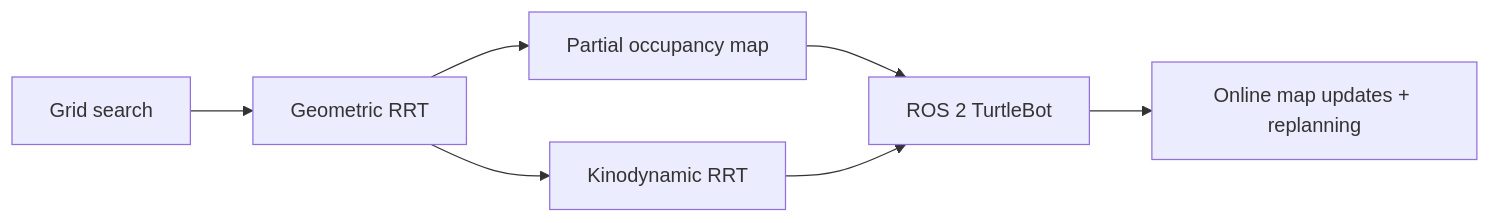
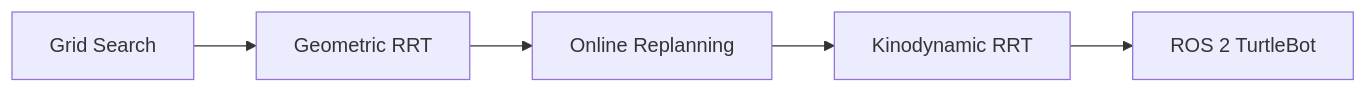
One commit to TobySun058/robot-motion-planning changed the diagram in README.md. Above: the diagram before and after it, drawn with Mermaid. The commit also changed other lines of this file and 11 other files, not shown here.

````diff
--- a/README.md
+++ b/README.md
@@ -19,9 +17,7 @@
 ```mermaid
 flowchart LR
-    A[Grid search] --> B[Geometric RRT]
-    B --> C[Partial occupancy map]
-    B --> D[Kinodynamic RRT]
-    C --> E[ROS 2 TurtleBot]
-    D --> E
-    E --> F[Online map updates + replanning]
+    G[Grid Search] --> R[Geometric RRT]
+    R --> O[Online Replanning]
+    O --> K[Kinodynamic RRT]
+    K --> T[ROS 2 TurtleBot]
 ```
````
